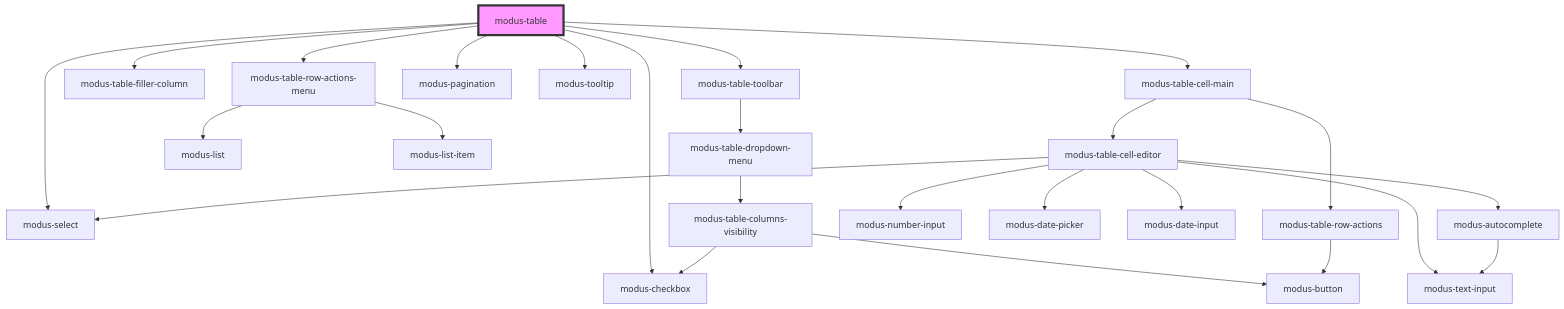
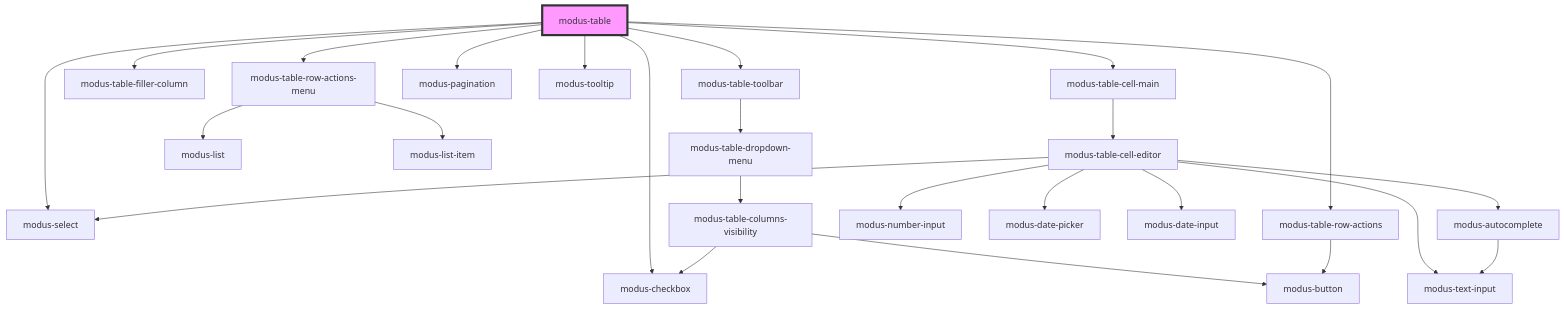
Before and after one commit to trimble-oss/modus-web-components: the diagram in stencil-workspace/src/components/modus-table/readme.md, drawn with Mermaid. The commit also changed other lines of this file and 15 other files, not shown here.

````diff
--- a/stencil-workspace/src/components/modus-table/readme.md
+++ b/stencil-workspace/src/components/modus-table/readme.md
@@ -96,28 +97,28 @@
 ```mermaid
 graph TD;
   modus-table --> modus-table-toolbar
   modus-table --> modus-table-filler-column
   modus-table --> modus-table-row-actions-menu
   modus-table --> modus-select
   modus-table --> modus-pagination
   modus-table --> modus-tooltip
   modus-table --> modus-checkbox
+  modus-table --> modus-table-row-actions
   modus-table --> modus-table-cell-main
   modus-table-toolbar --> modus-table-dropdown-menu
   modus-table-dropdown-menu --> modus-table-columns-visibility
   modus-table-columns-visibility --> modus-checkbox
   modus-table-columns-visibility --> modus-button
   modus-table-row-actions-menu --> modus-list
   modus-table-row-actions-menu --> modus-list-item
-  modus-table-cell-main --> modus-table-row-actions
+  modus-table-row-actions --> modus-button
   modus-table-cell-main --> modus-table-cell-editor
-  modus-table-row-actions --> modus-button
   modus-table-cell-editor --> modus-number-input
   modus-table-cell-editor --> modus-text-input
   modus-table-cell-editor --> modus-select
   modus-table-cell-editor --> modus-date-picker
   modus-table-cell-editor --> modus-date-input
   modus-table-cell-editor --> modus-autocomplete
   modus-autocomplete --> modus-text-input
   style modus-table fill:#f9f,stroke:#333,stroke-width:4px
 ```
````
